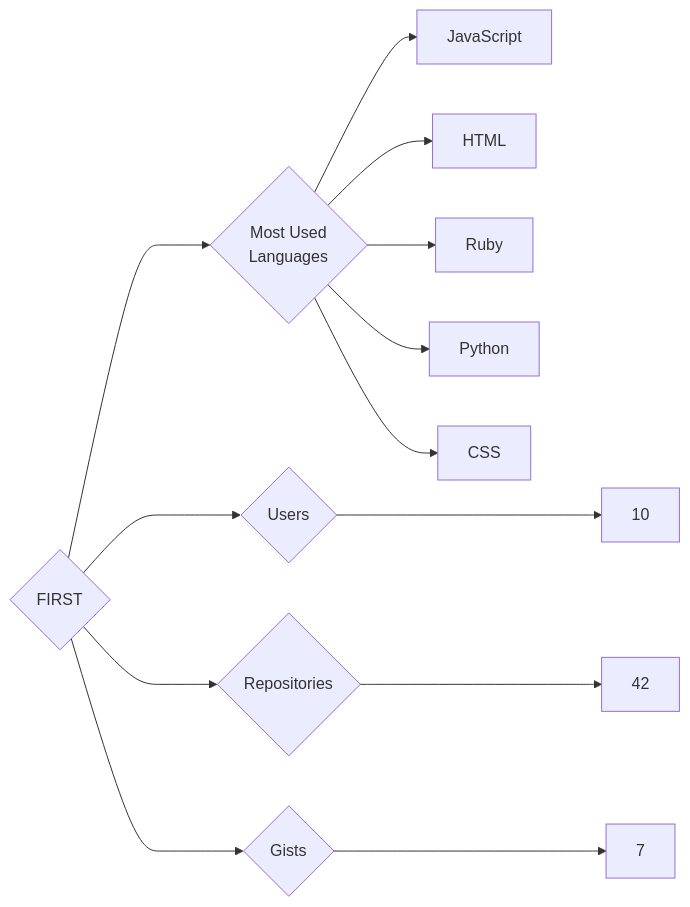
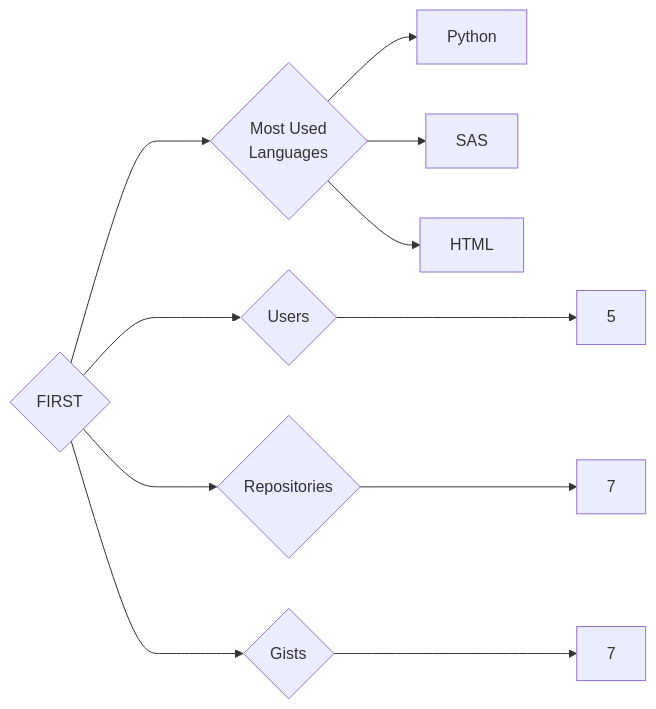
The diagram in targets/FIRST/README.md (trickest/insiders), drawn with Mermaid before and after one commit. The commit also changed 1238 other files, not shown here.

````diff
--- a/targets/FIRST/README.md
+++ b/targets/FIRST/README.md
@@ -3,13 +3,11 @@
 ```mermaid
 graph LR
 COMPANY_NAME{FIRST}
-COMPANY_NAME ---> U{Users} ---> UN[10]
-COMPANY_NAME ---> R{Repositories} ---> RN[42]
+COMPANY_NAME ---> U{Users} ---> UN[5]
+COMPANY_NAME ---> R{Repositories} ---> RN[7]
 COMPANY_NAME ---> G{Gists} ---> GN[7]
 COMPANY_NAME ---> ML{Most Used<br>Languages}
-ML --> JavaScript[JavaScript]
+ML --> Python[Python]
+ML --> SAS[SAS]
 ML --> HTML[HTML]
-ML --> Ruby[Ruby]
-ML --> Python[Python]
-ML --> CSS[CSS]
 ```
````
